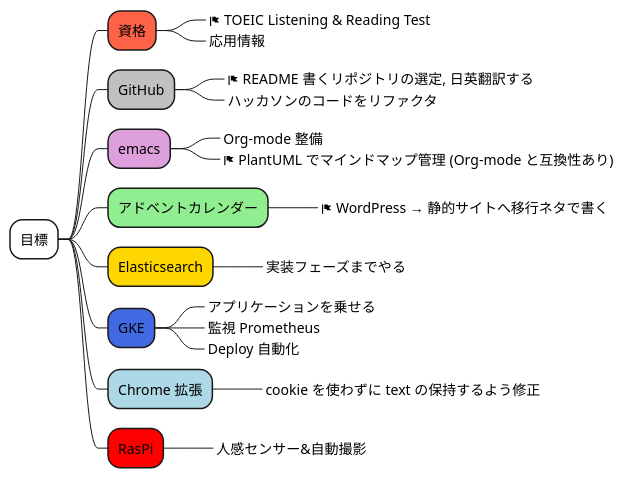
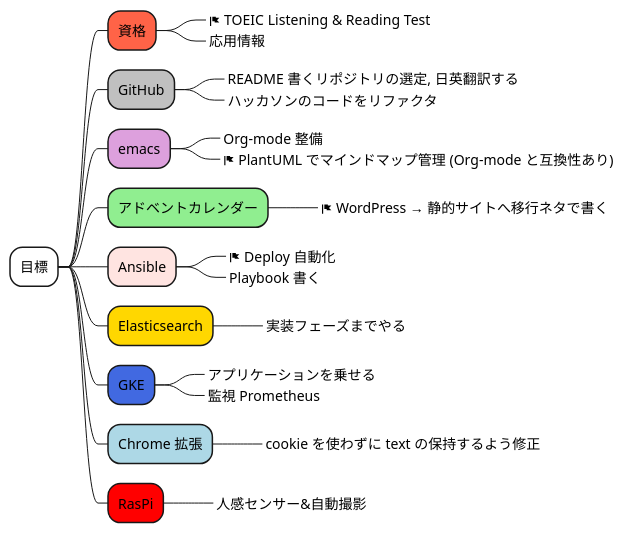
One commit to Ishizuka427/MindMap changed the diagram in test.puml. Above: the diagram before and after it, drawn with PlantUML.

```diff
--- a/test.puml
+++ b/test.puml
@@ -1,24 +1,26 @@
 @startmindmap
 *[#white] 目標
 **[#tomato] 資格
 ***_ <&flag> TOEIC Listening & Reading Test
 ***_ 応用情報
 **[#silver] GitHub
-***_ <&flag> README 書くリポジトリの選定, 日英翻訳する
+***_ README 書くリポジトリの選定, 日英翻訳する
 ***_ ハッカソンのコードをリファクタ
 **[#plum] emacs
 ***_ Org-mode 整備
 ***_ <&flag> PlantUML でマインドマップ管理 (Org-mode と互換性あり)
 **[#lightgreen] アドベントカレンダー
 ***_ <&flag> WordPress → 静的サイトへ移行ネタで書く
+**[#mistyrose] Ansible
+***_ <&flag> Deploy 自動化
+***_ Playbook 書く
 **[#gold] Elasticsearch
 ***_ 実装フェーズまでやる
 **[#royalblue] GKE
 ***_ アプリケーションを乗せる
 ***_ 監視 Prometheus
-***_ Deploy 自動化 
 **[#lightblue] Chrome 拡張
 ***_ cookie を使わずに text の保持するよう修正
 **[#red] RasPi
 ***_ 人感センサー&自動撮影
 @endmindmap
```
